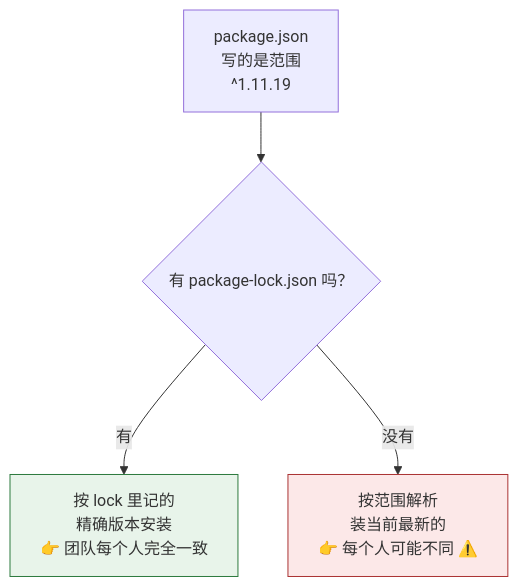
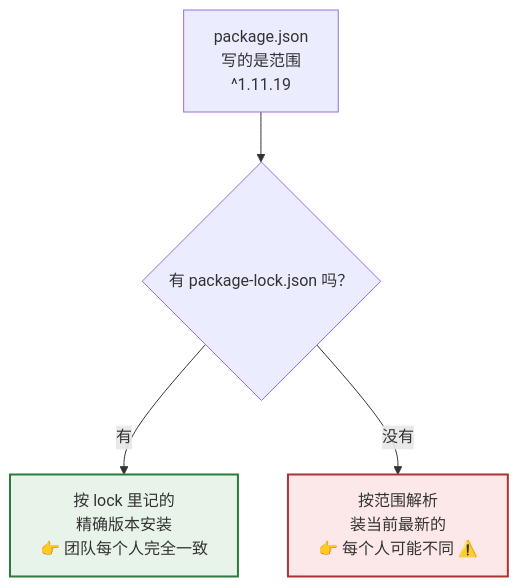
One commit to zerioo1970/JSTS changed the third of 4 diagrams in Day 1 — 工具链.md. Above: the diagram before and after it, drawn with Mermaid. The commit also changed other lines of this file, not shown here.

First line of the commit message:
fix: Mermaid 图改为纵向窄版，最宽不超过 2 列

````diff
--- a/Day 1 — 工具链.md
+++ b/Day 1 — 工具链.md
@@ -389,9 +365,9 @@
 ```mermaid
 graph TD
   A["package.json<br/>写的是范围<br/>^1.11.19"] --> B{"有 package-lock.json 吗？"}
   B -->|"有"| C["按 lock 里记的<br/>精确版本安装<br/>👉 团队每个人完全一致"]
   B -->|"没有"| D["按范围解析<br/>装当前最新的<br/>👉 每个人可能不同 ⚠️"]
 
-  style C fill:#e8f4ea,stroke:#2d7a3e
-  style D fill:#fce8e8,stroke:#a33
+  style C fill:#e8f4ea,stroke:#2d7a3e,stroke-width:2px
+  style D fill:#fce8e8,stroke:#a33,stroke-width:2px
 ```
````
